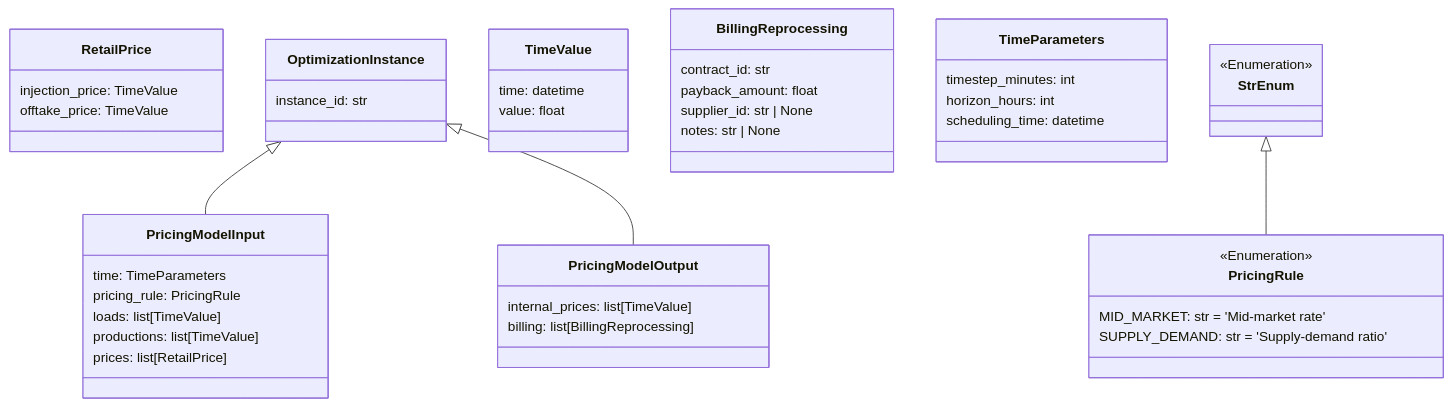
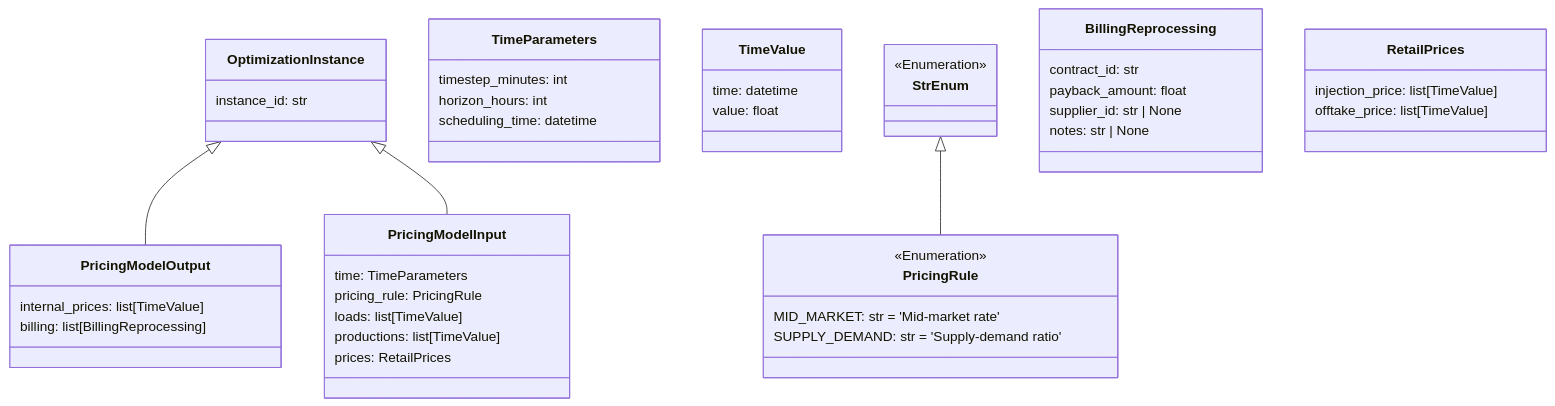
One commit to U2DemoProject/AlgorithmDTOsWP4T1 changed the diagram in doc/mermaid_charts/pricing_model_dto.md. Above: the diagram before and after it, drawn with Mermaid. The commit also changed 31 other files, not shown here.

Commit message:
Update DTO source code, HTLM and Mermaids based on D4.1 deliverable.

````diff
--- a/doc/mermaid_charts/pricing_model_dto.md
+++ b/doc/mermaid_charts/pricing_model_dto.md
@@ -1,59 +1,59 @@
 ```mermaid
 classDiagram
 
-    class PricingModelOutput {
-        internal_prices: list[TimeValue]
-        billing: list[BillingReprocessing]
-    }
-
-    class RetailPrice {
-        injection_price: TimeValue
-        offtake_price: TimeValue
-    }
-
     class OptimizationInstance {
         instance_id: str
-    }
-
-    class TimeValue {
-        time: datetime
-        value: float
-    }
-
-    class BillingReprocessing {
-        contract_id: str
-        payback_amount: float
-        supplier_id: str | None
-        notes: str | None
-    }
-
-    class PricingModelInput {
-        time: TimeParameters
-        pricing_rule: PricingRule
-        loads: list[TimeValue]
-        productions: list[TimeValue]
-        prices: list[RetailPrice]
     }
 
     class TimeParameters {
         timestep_minutes: int
         horizon_hours: int
         scheduling_time: datetime
+    }
+
+    class TimeValue {
+        time: datetime
+        value: float
     }
 
     class StrEnum {
         <<Enumeration>>
     }
 
     class PricingRule {
         <<Enumeration>>
         MID_MARKET: str = 'Mid-market rate'
         SUPPLY_DEMAND: str = 'Supply-demand ratio'
     }
 
+    class PricingModelOutput {
+        internal_prices: list[TimeValue]
+        billing: list[BillingReprocessing]
+    }
+
+    class PricingModelInput {
+        time: TimeParameters
+        pricing_rule: PricingRule
+        loads: list[TimeValue]
+        productions: list[TimeValue]
+        prices: RetailPrices
+    }
+
+    class BillingReprocessing {
+        contract_id: str
+        payback_amount: float
+        supplier_id: str | None
+        notes: str | None
+    }
+
+    class RetailPrices {
+        injection_price: list[TimeValue]
+        offtake_price: list[TimeValue]
+    }
+
 
     StrEnum <|-- PricingRule
+    OptimizationInstance <|-- PricingModelOutput
     OptimizationInstance <|-- PricingModelInput
-    OptimizationInstance <|-- PricingModelOutput
 
 ```
````
